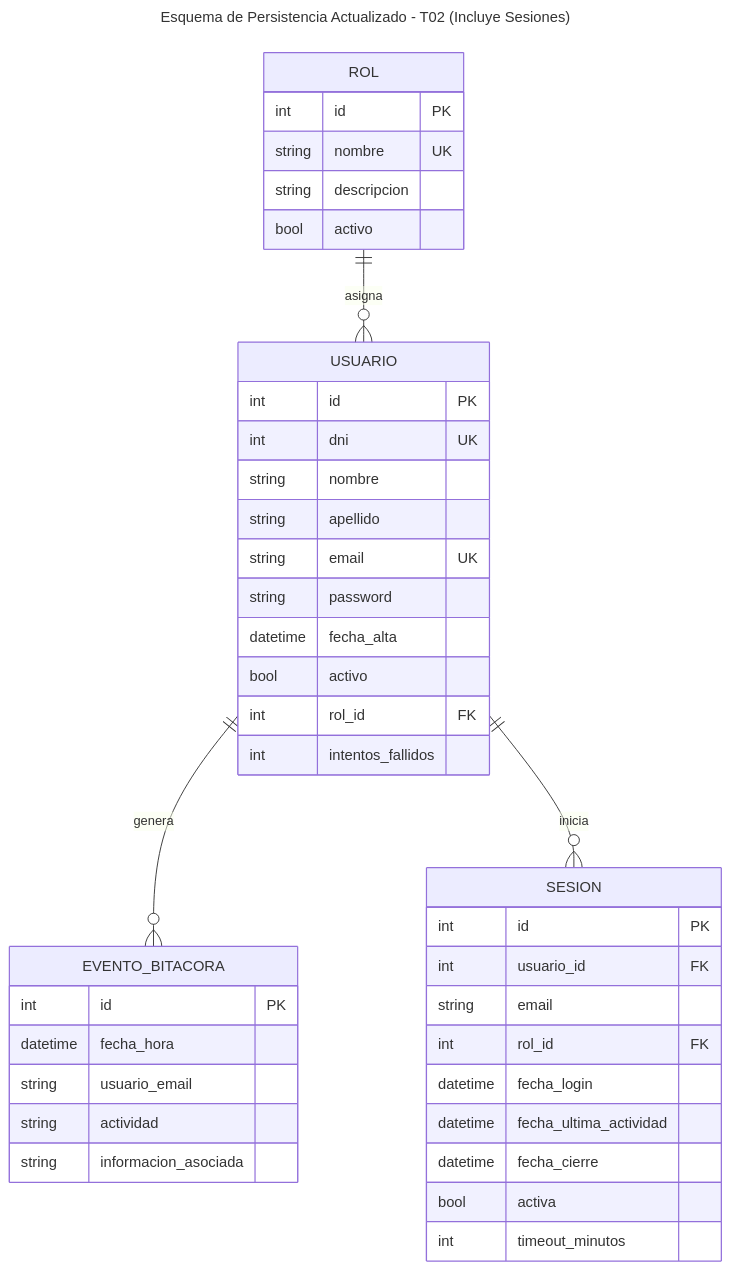
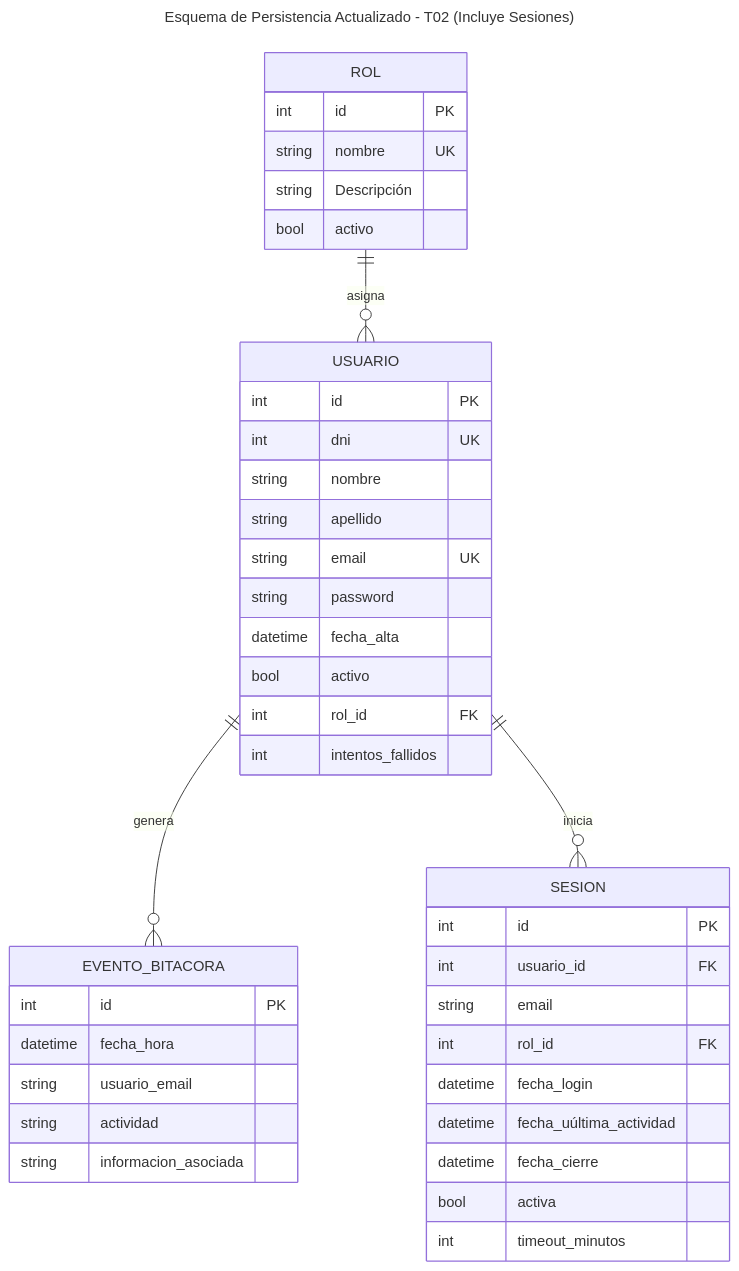
The ninth of 14 diagrams in Documentacion/Carpeta_Documentacion.md (condenl/Trabajo-Practico-Final), drawn with Mermaid before and after one commit. The commit also changed other lines of this file and 9 other files, not shown here.

````diff
--- a/Documentacion/Carpeta_Documentacion.md
+++ b/Documentacion/Carpeta_Documentacion.md
@@ -2044,51 +2175,51 @@
 ```mermaid
 ---
 title: Esquema de Persistencia Actualizado - T02 (Incluye Sesiones)
 config:
     theme: default
 ---
 erDiagram
     ROL ||--o{ USUARIO : "asigna"
     USUARIO ||--o{ EVENTO_BITACORA : "genera"
     USUARIO ||--o{ SESION : "inicia"
 
     ROL {
         int id PK
         string nombre UK
-        string descripcion
+        string Descripción
         bool activo
     }
 
     USUARIO {
         int id PK
         int dni UK
         string nombre
         string apellido
         string email UK
         string password
         datetime fecha_alta
         bool activo
         int rol_id FK
         int intentos_fallidos
     }
 
     SESION {
         int id PK
         int usuario_id FK
         string email
         int rol_id FK
         datetime fecha_login
-        datetime fecha_ultima_actividad
+        datetime fecha_uúltima_actividad
         datetime fecha_cierre
         bool activa
         int timeout_minutos
     }
 
     EVENTO_BITACORA {
         int id PK
         datetime fecha_hora
         string usuario_email
         string actividad
         string informacion_asociada
     }
 ```
````
